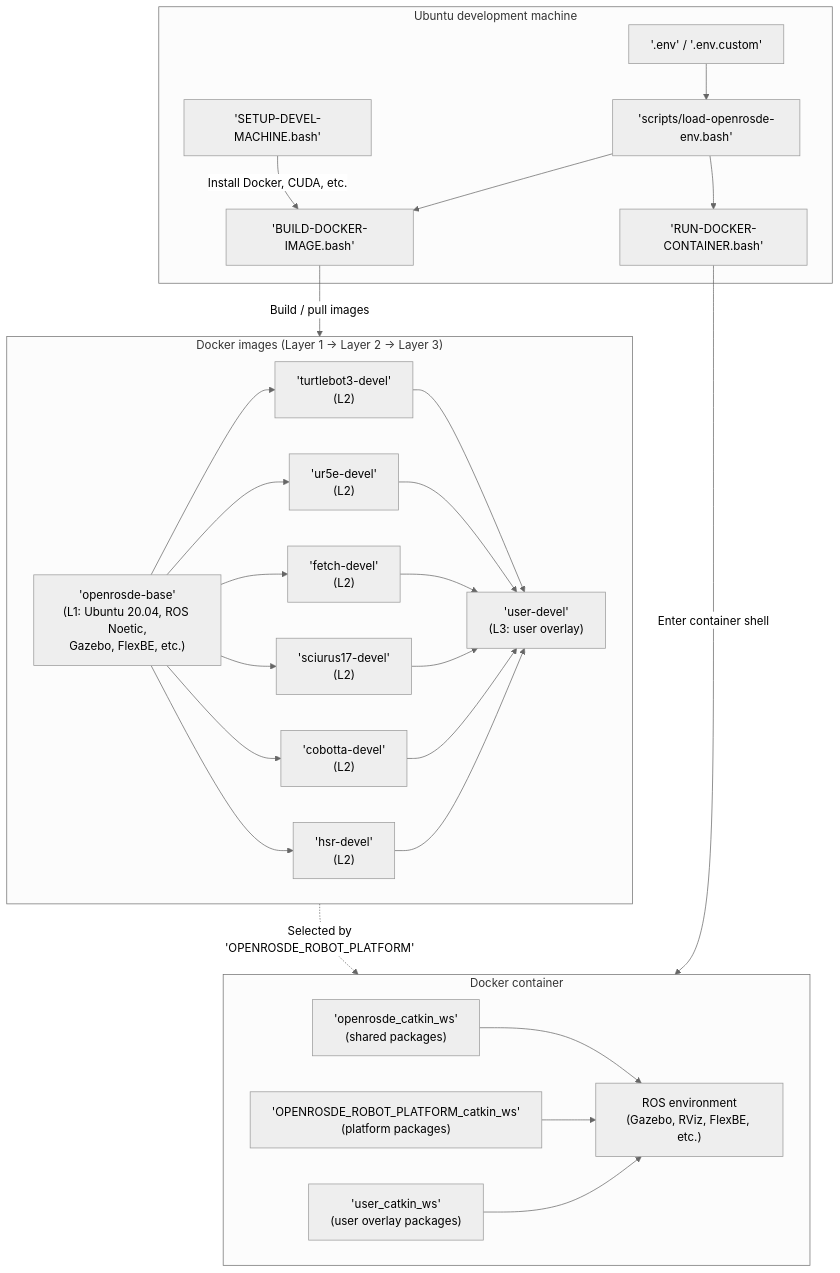
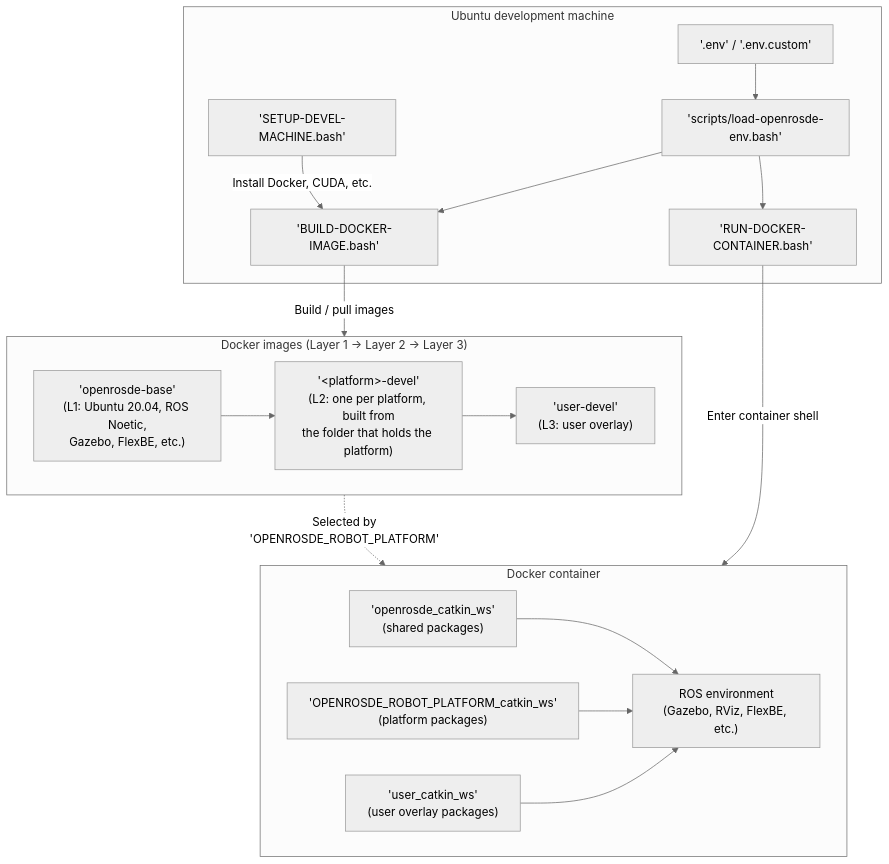
The diagram in README.md (openrosde/openrosde), drawn with Mermaid before and after one commit. The commit also changed other lines of this file and 6 other files, not shown here.

````diff
--- a/README.md
+++ b/README.md
@@ -46,55 +48,40 @@
 ```mermaid
 ---
 config:
   theme: neutral
 ---
 flowchart TD
     subgraph host["Ubuntu development machine"]
         env["'.env' / '.env.custom'"]
         loader["'scripts/load-openrosde-env.bash'"]
         setup["'SETUP-DEVEL-MACHINE.bash'"]
         build["'BUILD-DOCKER-IMAGE.bash'"]
         run["'RUN-DOCKER-CONTAINER.bash'"]
         env --> loader
         setup -->|"Install Docker, CUDA, etc."| build
         loader --> build
         loader --> run
     end
 
     subgraph images["Docker images (Layer 1 → Layer 2 → Layer 3)"]
         base["'openrosde-base'<br/>(L1: Ubuntu 20.04, ROS Noetic,<br/>Gazebo, FlexBE, etc.)"]
-        turtlebot3["'turtlebot3-devel'<br/>(L2)"]
-        ur5e["'ur5e-devel'<br/>(L2)"]
-        base --> turtlebot3
-        base --> ur5e
-        fetch["'fetch-devel'<br/>(L2)"]
-        base --> fetch
-        sciurus17["'sciurus17-devel'<br/>(L2)"]
-        base --> sciurus17
-        cobotta["'cobotta-devel'<br/>(L2)"]
-        base --> cobotta
-        hsr["'hsr-devel'<br/>(L2)"]
-        base --> hsr
+        platform["'#lt;platform#gt;-devel'<br/>(L2: one per platform, built from<br/>the folder that holds the platform)"]
+        base --> platform
         user["'user-devel'<br/>(L3: user overlay)"]
-        turtlebot3 --> user
-        ur5e --> user
-        fetch --> user
-        sciurus17 --> user
-        cobotta --> user
-        hsr --> user
+        platform --> user
     end
 
     subgraph container["Docker container"]
         shared["'openrosde_catkin_ws'<br/>(shared packages)"]
         platws["'OPENROSDE_ROBOT_PLATFORM_catkin_ws'<br/>(platform packages)"]
         userws["'user_catkin_ws'<br/>(user overlay packages)"]
         rosenv["ROS environment<br/>(Gazebo, RViz, FlexBE, etc.)"]
         shared --> rosenv
         platws --> rosenv
         userws --> rosenv
     end
 
     build -->|"Build / pull images"| images
     images -.->|"Selected by<br/>'OPENROSDE_ROBOT_PLATFORM'"| container
     run -->|"Enter container shell"| container
 ```
````
